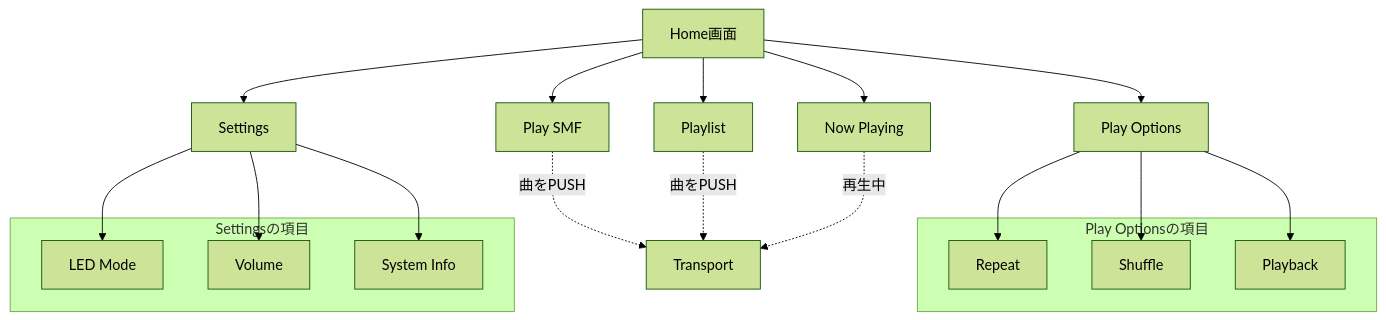
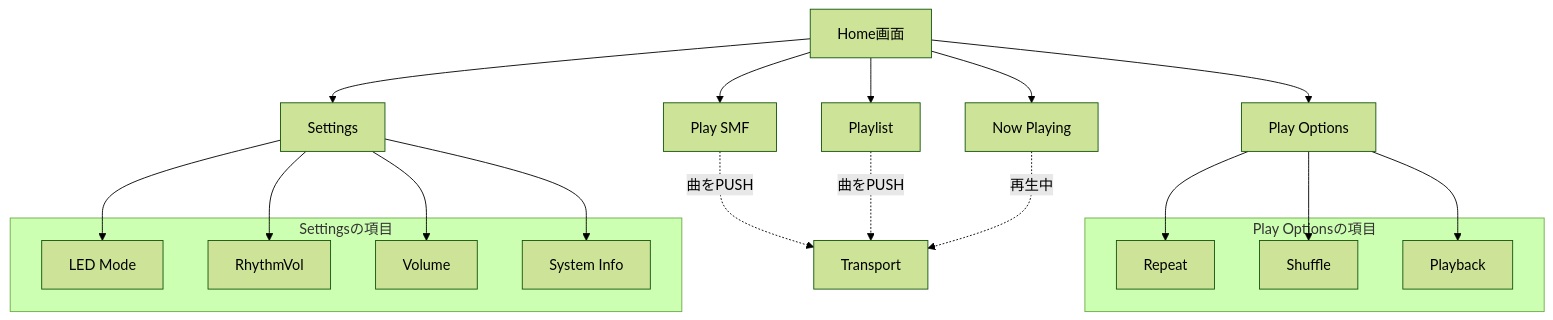
One commit to 46nori/FMSynthEnsembleV3 changed the third of 4 diagrams in doc/design_display_menu.md. Above: the diagram before and after it, drawn with Mermaid (forest theme). The commit also changed other lines of this file and 13 other files, not shown here.

````diff
--- a/doc/design_display_menu.md
+++ b/doc/design_display_menu.md
@@ -279,30 +281,32 @@
 ```mermaid
 flowchart TD
     Root["Home画面"] --> NowPlaying["Now Playing"]
     Root --> PlaySmf["Play SMF"]
     Root --> Playlist["Playlist"]
     Root --> PlayOptions["Play Options"]
     Root --> Settings["Settings"]
 
     subgraph PlayOptionsItems["Play Optionsの項目"]
         Repeat["Repeat"]
         Shuffle["Shuffle"]
         Playback["Playback"]
     end
     subgraph SettingsItems["Settingsの項目"]
         LedMode["LED Mode"]
+        RhythmVol["RhythmVol"]
         Volume["Volume"]
         SysInfo["System Info"]
     end
 
     PlayOptions --> Repeat
     PlayOptions --> Shuffle
     PlayOptions --> Playback
     Settings --> LedMode
+    Settings --> RhythmVol
     Settings --> Volume
     Settings --> SysInfo
 
     PlaySmf -. "曲をPUSH" .-> Transport["Transport"]
     Playlist -. "曲をPUSH" .-> Transport
     NowPlaying -. "再生中" .-> Transport
 ```
````
